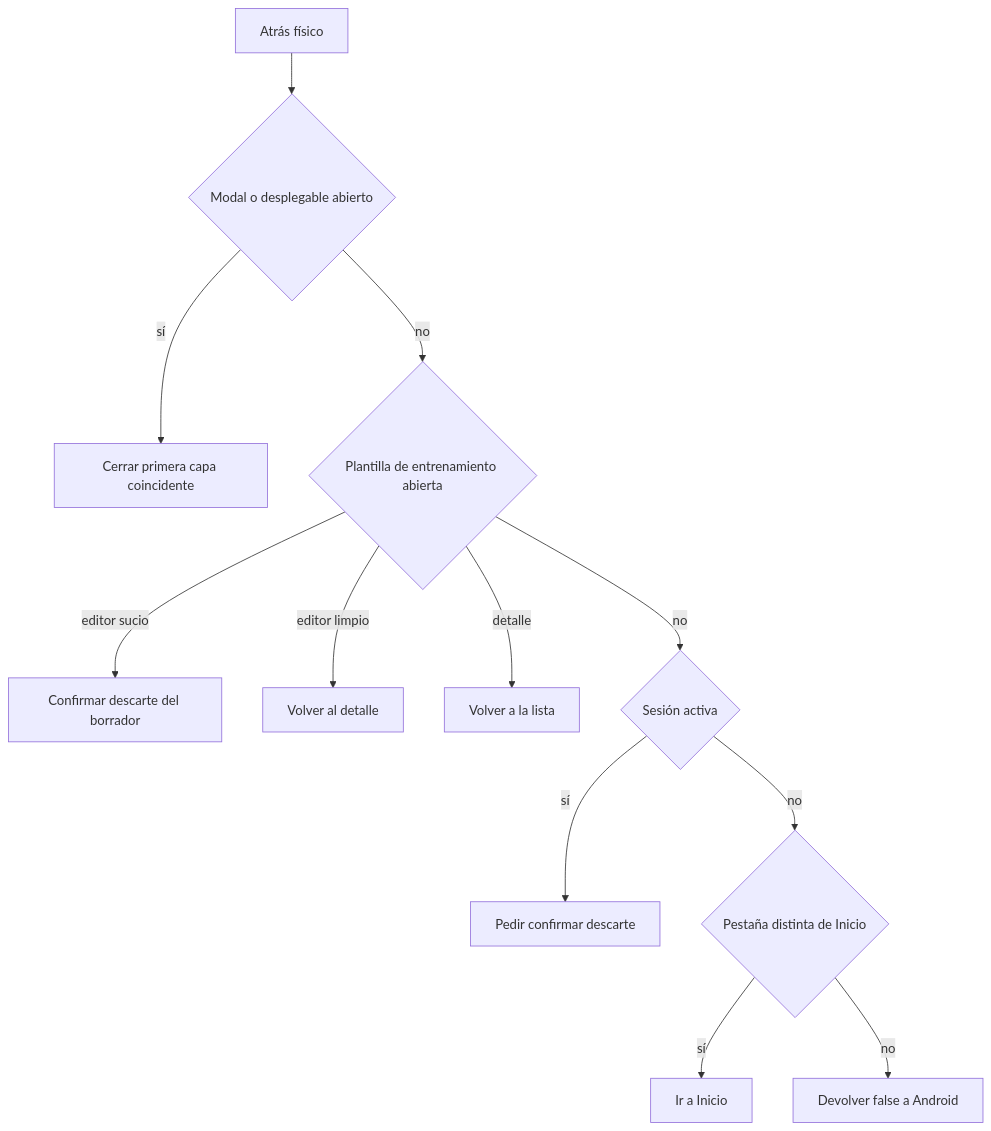
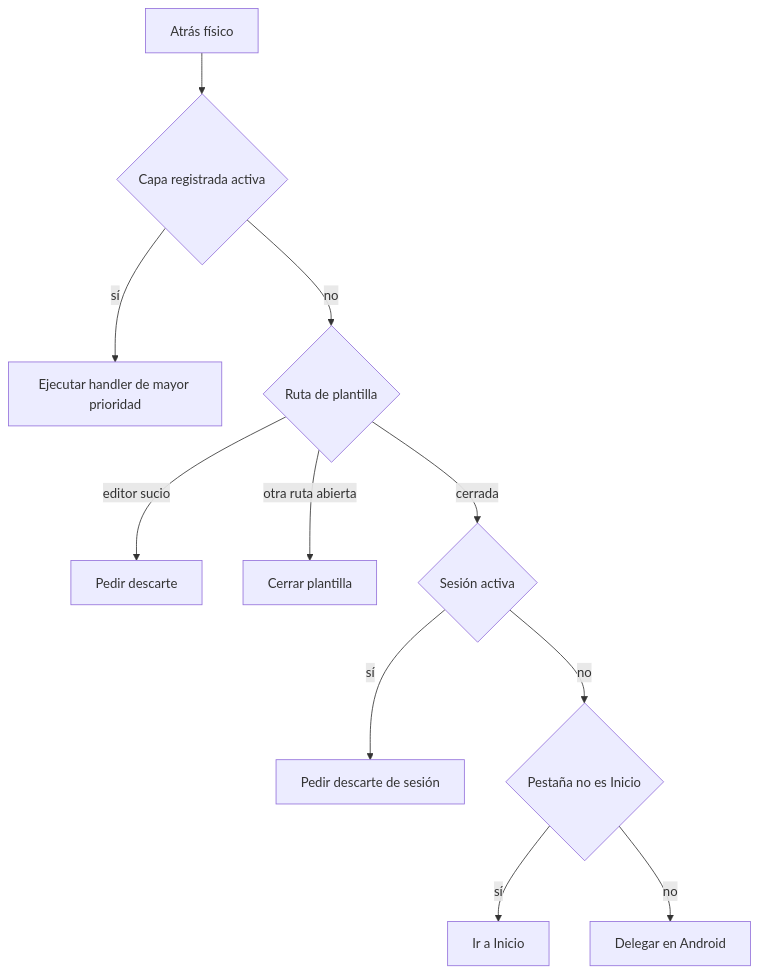
Before and after one commit to maximofn/gymnasia: the second of 2 diagrams in openwiki/mobile/application-shell.md, drawn with Mermaid. The commit also changed other lines of this file and 50 other files, not shown here.

````diff
--- a/openwiki/mobile/application-shell.md
+++ b/openwiki/mobile/application-shell.md
@@ -107,14 +91,13 @@
 ```mermaid
 flowchart TD
-    Back["Atrás físico"] --> Overlay{"Modal o desplegable abierto"}
-    Overlay -->|"sí"| Close["Cerrar primera capa coincidente"]
-    Overlay -->|"no"| Template{"Plantilla de entrenamiento abierta"}
-    Template -->|"editor sucio"| Draft["Confirmar descarte del borrador"]
-    Template -->|"editor limpio"| Detail["Volver al detalle"]
-    Template -->|"detalle"| List["Volver a la lista"]
-    Template -->|"no"| Session{"Sesión activa"}
-    Session -->|"sí"| Confirm["Pedir confirmar descarte"]
-    Session -->|"no"| Tab{"Pestaña distinta de Inicio"}
+    Back["Atrás físico"] --> Layer{"Capa registrada activa"}
+    Layer -->|"sí"| Close["Ejecutar handler de mayor prioridad"]
+    Layer -->|"no"| Template{"Ruta de plantilla"}
+    Template -->|"editor sucio"| Draft["Pedir descarte"]
+    Template -->|"otra ruta abierta"| TemplateClose["Cerrar plantilla"]
+    Template -->|"cerrada"| Session{"Sesión activa"}
+    Session -->|"sí"| Discard["Pedir descarte de sesión"]
+    Session -->|"no"| Tab{"Pestaña no es Inicio"}
     Tab -->|"sí"| Home["Ir a Inicio"]
-    Tab -->|"no"| Native["Devolver false a Android"]
+    Tab -->|"no"| System["Delegar en Android"]
 ```
````
